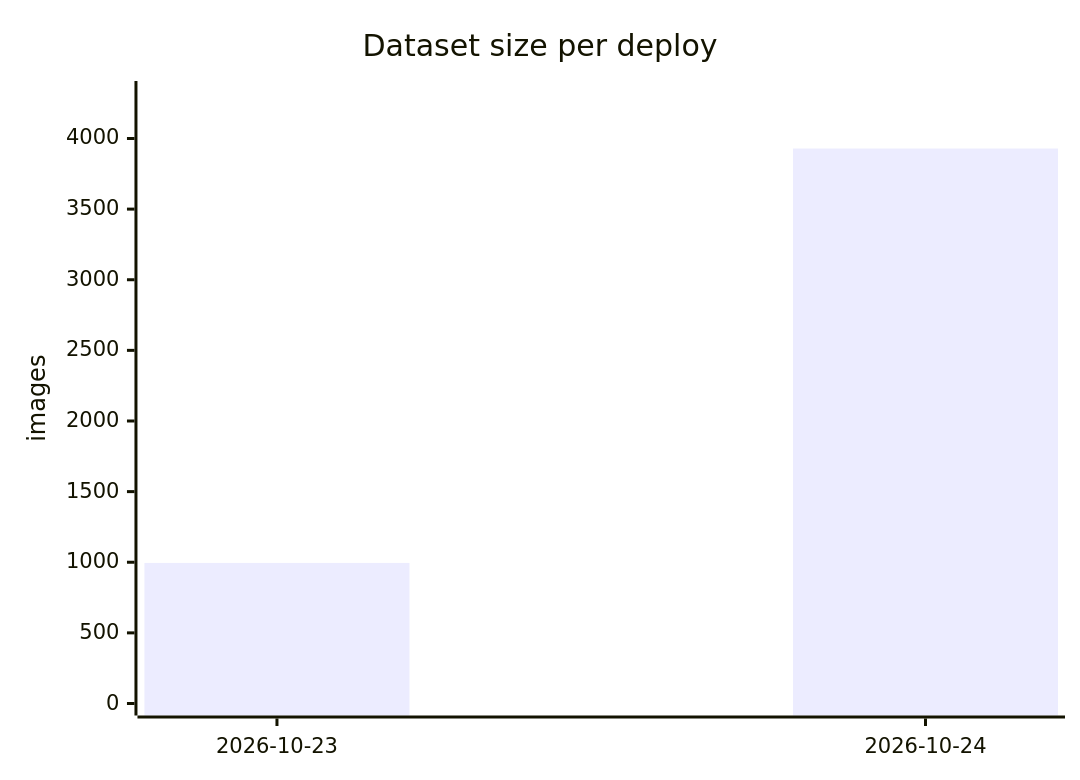
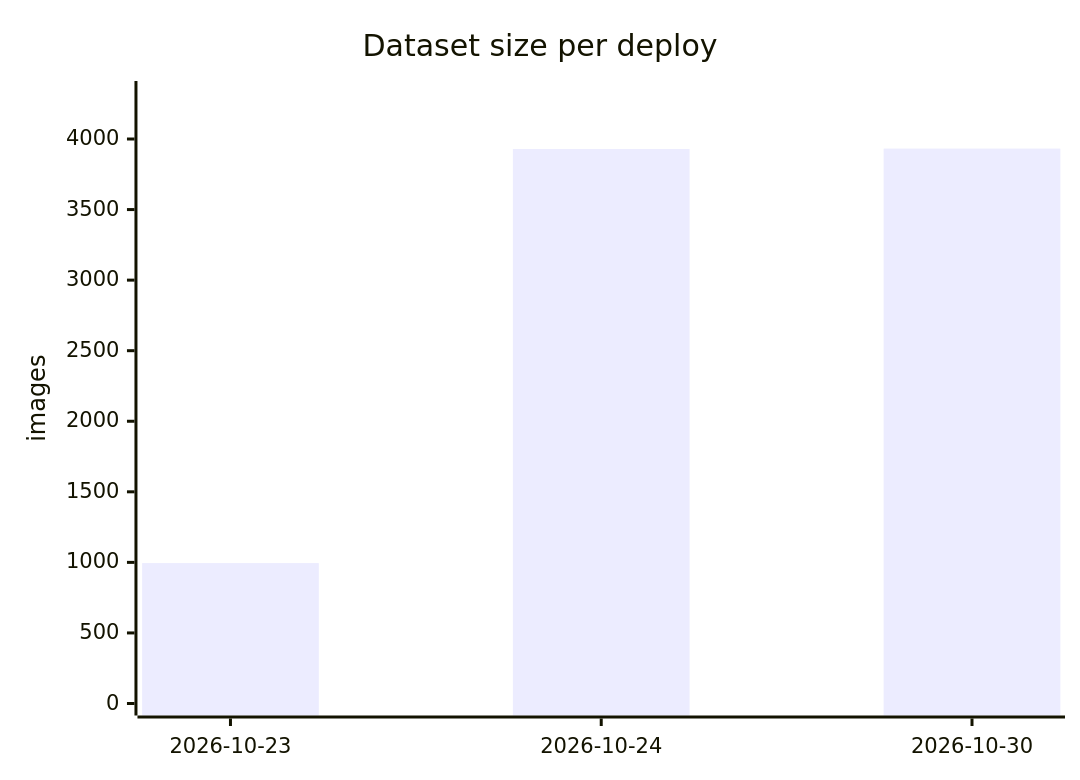
The first of 2 diagrams in training/README.md (vtop-xceed/auto-captcha), drawn with Mermaid before and after one commit. The commit also changed other lines of this file, not shown here.

Commit message:
chart: 2026-10-30 images=3932 acc=%

````diff
--- a/training/README.md
+++ b/training/README.md
@@ -30,7 +31,7 @@
 ```mermaid
 xychart-beta
     title "Dataset size per deploy"
-    x-axis [2026-10-23, 2026-10-24]
-    y-axis "images" 0 --> 4322
-    bar [995, 3929]
+    x-axis [2026-10-23, 2026-10-24, 2026-10-30]
+    y-axis "images" 0 --> 4326
+    bar [995, 3929, 3932]
 ```
````
